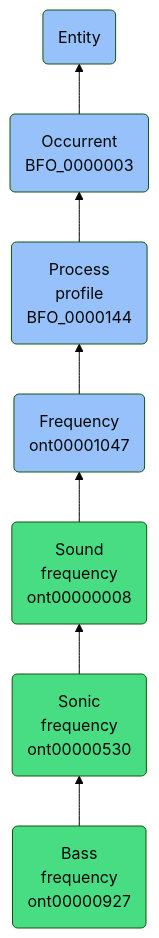
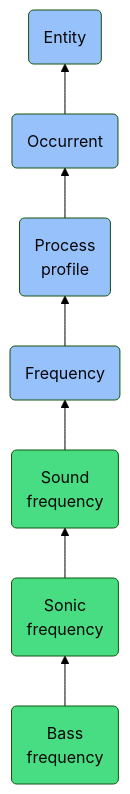
The diagram in docs/ontology/reference/model/Entity/Occurrent/Process profile/Frequency/Sound frequency/Sonic frequency/Bass frequency/Bass frequency.md (jupyter-naas/abi), drawn with Mermaid (forest theme) before and after one commit. The commit also changed other lines of this file and 1430 other files, not shown here.

````diff
--- a/docs/ontology/reference/model/Entity/Occurrent/Process profile/Frequency/Sound frequency/Sonic frequency/Bass frequency/Bass frequency.md
+++ b/docs/ontology/reference/model/Entity/Occurrent/Process profile/Frequency/Sound frequency/Sonic frequency/Bass frequency/Bass frequency.md
@@ -24,14 +24,14 @@
 ```mermaid
 graph BT
-    ont00000927(Bass<br>frequency<br>ont00000927):::ABI-->ont00000530
-    ont00000530(Sonic<br>frequency<br>ont00000530):::ABI-->ont00000008
-    ont00000008(Sound<br>frequency<br>ont00000008):::ABI-->ont00001047
-    ont00001047(Frequency<br>ont00001047):::BFO-->BFO_0000144
-    BFO_0000144(Process<br>profile<br>BFO_0000144):::BFO-->BFO_0000003
-    BFO_0000003(Occurrent<br>BFO_0000003):::BFO-->BFO_0000001
+    ont00000927(Bass<br>frequency):::ABI-->ont00000530
+    ont00000530(Sonic<br>frequency):::ABI-->ont00000008
+    ont00000008(Sound<br>frequency):::ABI-->ont00001047
+    ont00001047(Frequency):::BFO-->BFO_0000144
+    BFO_0000144(Process<br>profile):::BFO-->BFO_0000003
+    BFO_0000003(Occurrent):::BFO-->BFO_0000001
     BFO_0000001(Entity):::BFO
     
     classDef BFO fill:#97c1fb,color:#060606
     classDef CCO fill:#e4c51e,color:#060606
     classDef ABI fill:#48DD82,color:#060606
 ```
````
